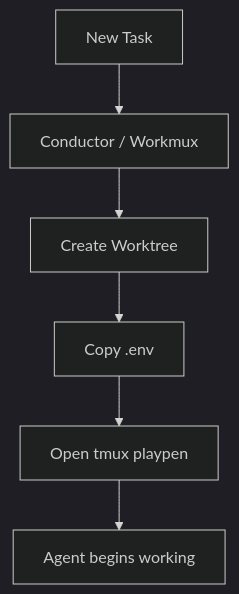
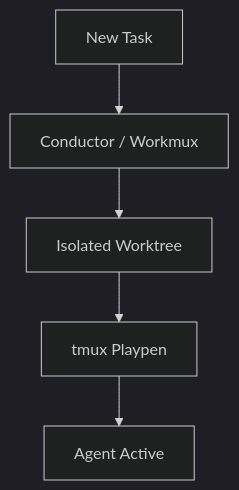
The third of 4 diagrams in src/content/blog/babysitting-agents-in-2026.md (builtby-win/ston), drawn with Mermaid before and after one commit. The commit also changed other lines of this file, not shown here.

Commit message:
Overhaul blog post with essence diagram, 90/10 comparison table, and simplified Mermaid charts

````diff
--- a/src/content/blog/babysitting-agents-in-2026.md
+++ b/src/content/blog/babysitting-agents-in-2026.md
@@ -92,9 +68,8 @@
 ```mermaid
 %%{init: {'theme': 'dark', 'themeVariables': { 'fontSize': '16px' }}}%%
 graph TD
     A[New Task] --> B[Conductor / Workmux]
-    B --> C[Create Worktree]
-    C --> D[Copy .env]
-    D --> E[Open tmux playpen]
-    E --> F[Agent begins working]
+    B --> C[Isolated Worktree]
+    C --> D[tmux Playpen]
+    D --> E[Agent Active]
 ```
````
